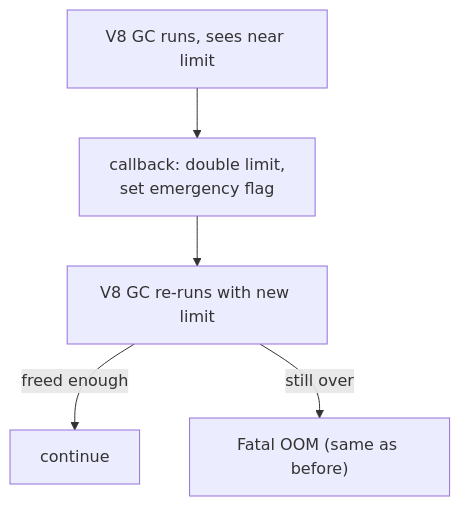
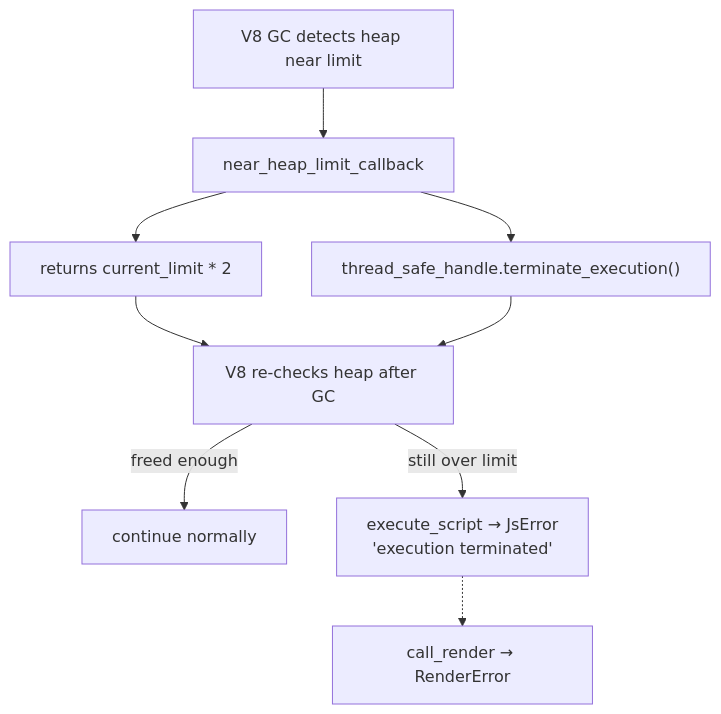
Before and after one commit to mdesantis/ssr-deno: the third of 3 diagrams in plans/v8-oom-protection.md, drawn with Mermaid. The commit also changed other lines of this file and 1 other file, not shown here.

First line of the commit message:
docs: add V8 OOM plan with repro script, Deno research

````diff
--- a/plans/v8-oom-protection.md
+++ b/plans/v8-oom-protection.md
@@ -91,7 +137,11 @@
 ```mermaid
 flowchart TD
-    V8GC["V8 GC runs, sees near limit"] --> CB["callback: double limit,\nset emergency flag"]
-    CB --> V8GC2["V8 GC re-runs with new limit"]
-    V8GC2 -->|"freed enough"| OK["continue"]
-    V8GC2 -->|"still over"| Fatal["Fatal OOM (same as before)"]
+    GC["V8 GC detects heap near limit"] --> CB["near_heap_limit_callback"]
+    CB --> Double["returns current_limit * 2"]
+    CB --> Term["thread_safe_handle.terminate_execution()"]
+    Double --> Check["V8 re-checks heap after GC"]
+    Term --> Check
+    Check -->|"freed enough"| OK["continue normally"]
+    Check -->|"still over limit"| Abort["execute_script → JsError\n'execution terminated'"]
+    Abort -.-> Rust["call_render → RenderError"]
 ```
````
